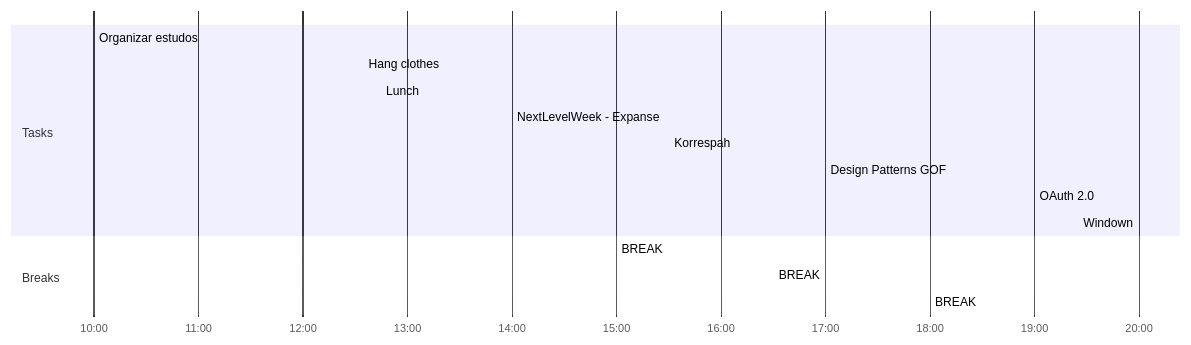
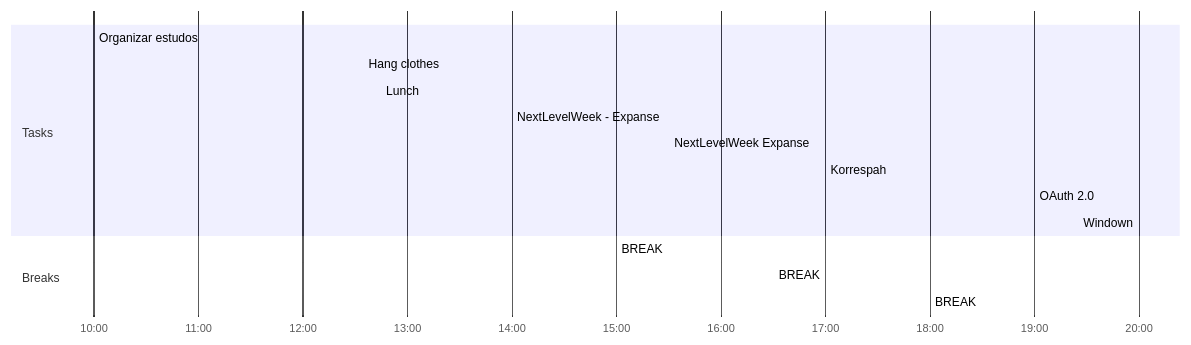
Before and after one commit to bagnascojhoel/my-second-brain: the diagram in Day Planners/Day Planner-20220417.md, drawn with Mermaid. The commit also changed other lines of this file, not shown here.

Commit message:
vault backup by  on 2022-04-17 15:19:32

````diff
--- a/Day Planners/Day Planner-20220417.md
+++ b/Day Planners/Day Planner-20220417.md
@@ -2,19 +2,19 @@
 ```mermaid
 gantt
     dateFormat  HH-mm
     axisFormat %H:%M
-    %% Current Time: 3:09:32 PM
+    %% Current Time: 3:19:32 PM
     section Tasks
     Organizar estudos     :10-00, 155mm
     Hang clothes     :12-35, 10mm
     Lunch     :12-45, 75mm
     NextLevelWeek - Expanse     :14-00, 60mm
-    Korrespah     :15-30, 60mm
-    Design Patterns GOF     :17-00, 60mm
+    NextLevelWeek Expanse     :15-30, 60mm
+    Korrespah     :17-00, 60mm
     OAuth 2.0     :19-00, 60mm
     Windown     :20-00, 0mm
     section Breaks
     BREAK     :15-00, 30mm
     BREAK     :16-30, 30mm
     BREAK     :18-00, 60mm
 ```
````
